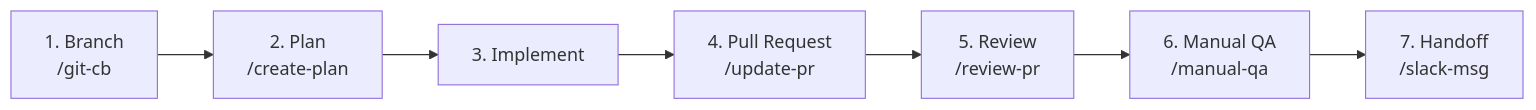
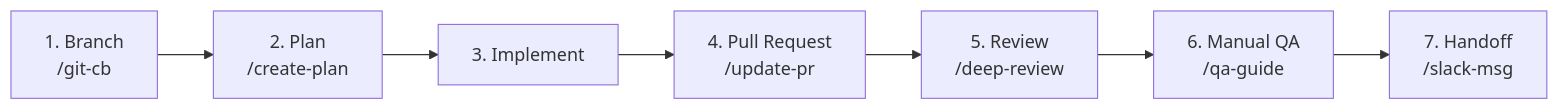
The diagram in README.md (matheusalxds/harness), drawn with Mermaid before and after one commit. The commit also changed other lines of this file and 44 other files, not shown here.

````diff
--- a/README.md
+++ b/README.md
@@ -24,9 +24,9 @@
 ```mermaid
 flowchart LR
     A["1. Branch<br/>/git-cb"] --> B["2. Plan<br/>/create-plan"]
     B --> C["3. Implement"]
     C --> D["4. Pull Request<br/>/update-pr"]
-    D --> E["5. Review<br/>/review-pr"]
-    E --> F["6. Manual QA<br/>/manual-qa"]
+    D --> E["5. Review<br/>/deep-review"]
+    E --> F["6. Manual QA<br/>/qa-guide"]
     F --> G["7. Handoff<br/>/slack-msg"]
 ```
````
